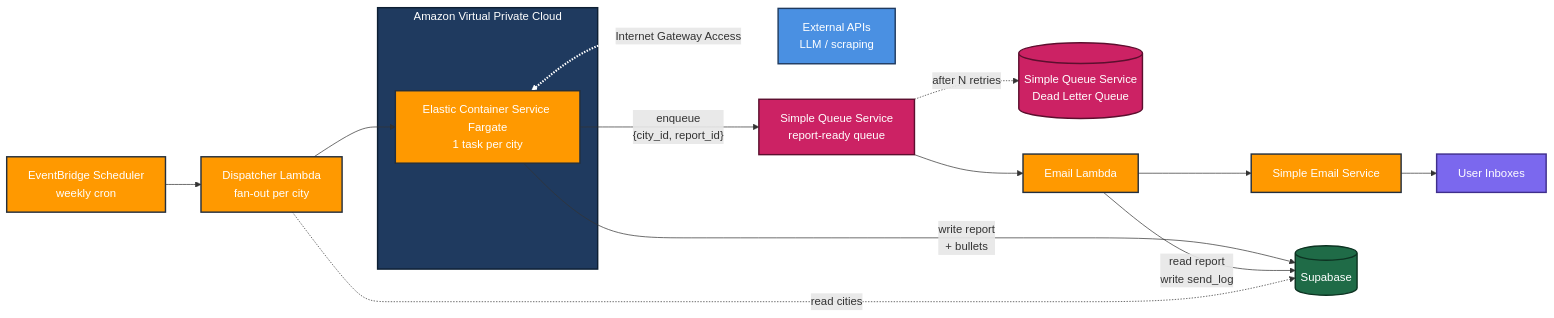
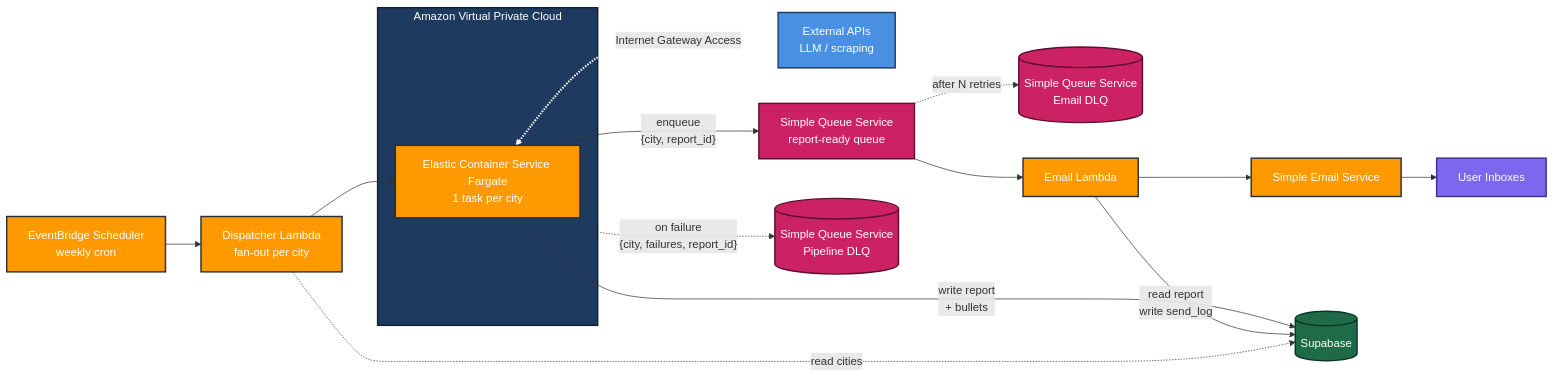
One commit to Next-Voters/Local changed the first of 2 diagrams in docs/AWS_ARCHITECTURE.md. Above: the diagram before and after it, drawn with Mermaid. The commit also changed other lines of this file and 29 other files, not shown here.

First line of the commit message:
Add SQS client module with pipeline DLQ and remove unused code (#82)

````diff
--- a/docs/AWS_ARCHITECTURE.md
+++ b/docs/AWS_ARCHITECTURE.md
@@ -12,54 +12,56 @@
 ```mermaid
 flowchart LR
     %% Trigger layer
     EB["EventBridge Scheduler<br/>weekly cron"]
     DL["Dispatcher Lambda<br/>fan-out per city"]
 
     %% Compute layer
     subgraph VPC["Amazon Virtual Private Cloud"]
         ECS["Elastic Container Service Fargate<br/>1 task per city"]
     end
     EXT["External APIs<br/>LLM / scraping"]
 
     %% Messaging layer
     SQS["Simple Queue Service<br/>report-ready queue"]
-    DLQ[("Simple Queue Service<br/>Dead Letter Queue")]
+    DLQ[("Simple Queue Service<br/>Email DLQ")]
+    PDLQ[("Simple Queue Service<br/>Pipeline DLQ")]
 
     %% Delivery layer
     EML["Email Lambda"]
     SES["Simple Email Service"]
     USERS["User Inboxes"]
 
     %% Data layer
     DB[("Supabase")]
 
     %% Main flow
     EB --> DL
     DL --> ECS
     ECS <-.->|"Internet Gateway Access"| EXT
     ECS -->|"write report<br/>+ bullets"| DB
-    ECS -->|"enqueue<br/>{city_id, report_id}"| SQS
+    ECS -->|"enqueue<br/>{city, report_id}"| SQS
     SQS --> EML
     EML -->|"read report<br/>write send_log"| DB
     EML --> SES
     SES --> USERS
 
     %% Side flows
     DL -.->|read cities| DB
     SQS -.->|after N retries| DLQ
+    ECS -.->|"on failure<br/>{city, failures, report_id}"| PDLQ
 
     classDef aws fill:#FF9900,stroke:#232F3E,stroke-width:2px,color:#fff
     classDef ext fill:#4A90E2,stroke:#1F3A5F,stroke-width:2px,color:#fff
     classDef db fill:#1F6B47,stroke:#0D3322,stroke-width:2px,color:#fff
     classDef queue fill:#CC2264,stroke:#5C0F2E,stroke-width:2px,color:#fff
     classDef user fill:#7B68EE,stroke:#3F2E8C,stroke-width:2px,color:#fff
 
     class EB,DL,ECS,EML,SES aws
     class EXT ext
     class DB db
-    class SQS,DLQ queue
+    class SQS,DLQ,PDLQ queue
     class USERS user
     style VPC fill:#1F3A5F,stroke:#0D1F33,stroke-width:2px,color:#fff
 
     linkStyle 2 stroke-width:3px,stroke:#fff
 ```
````
